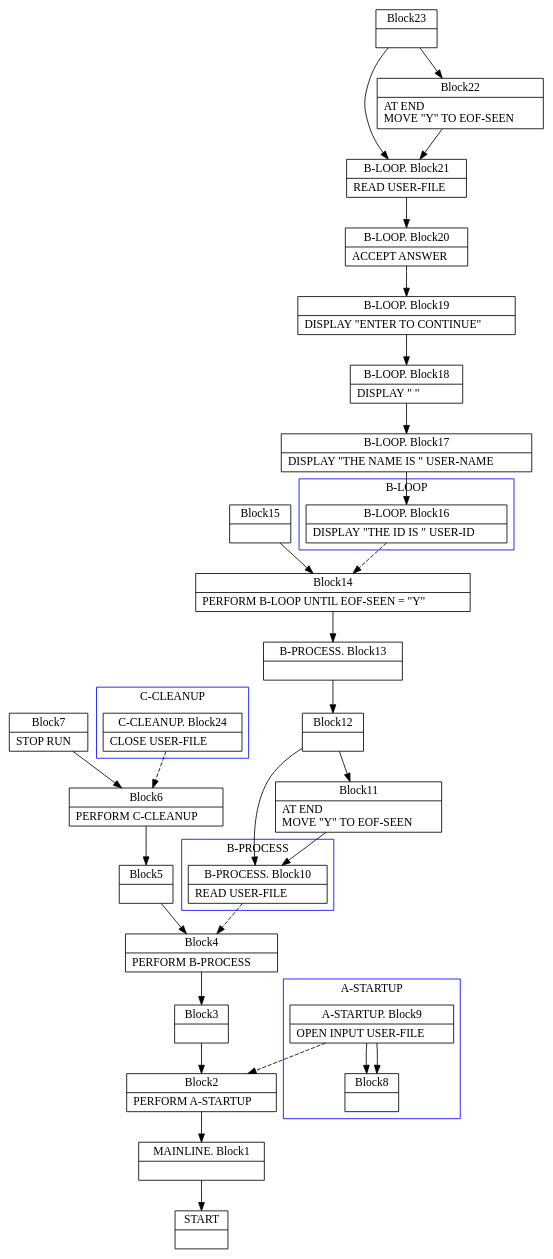
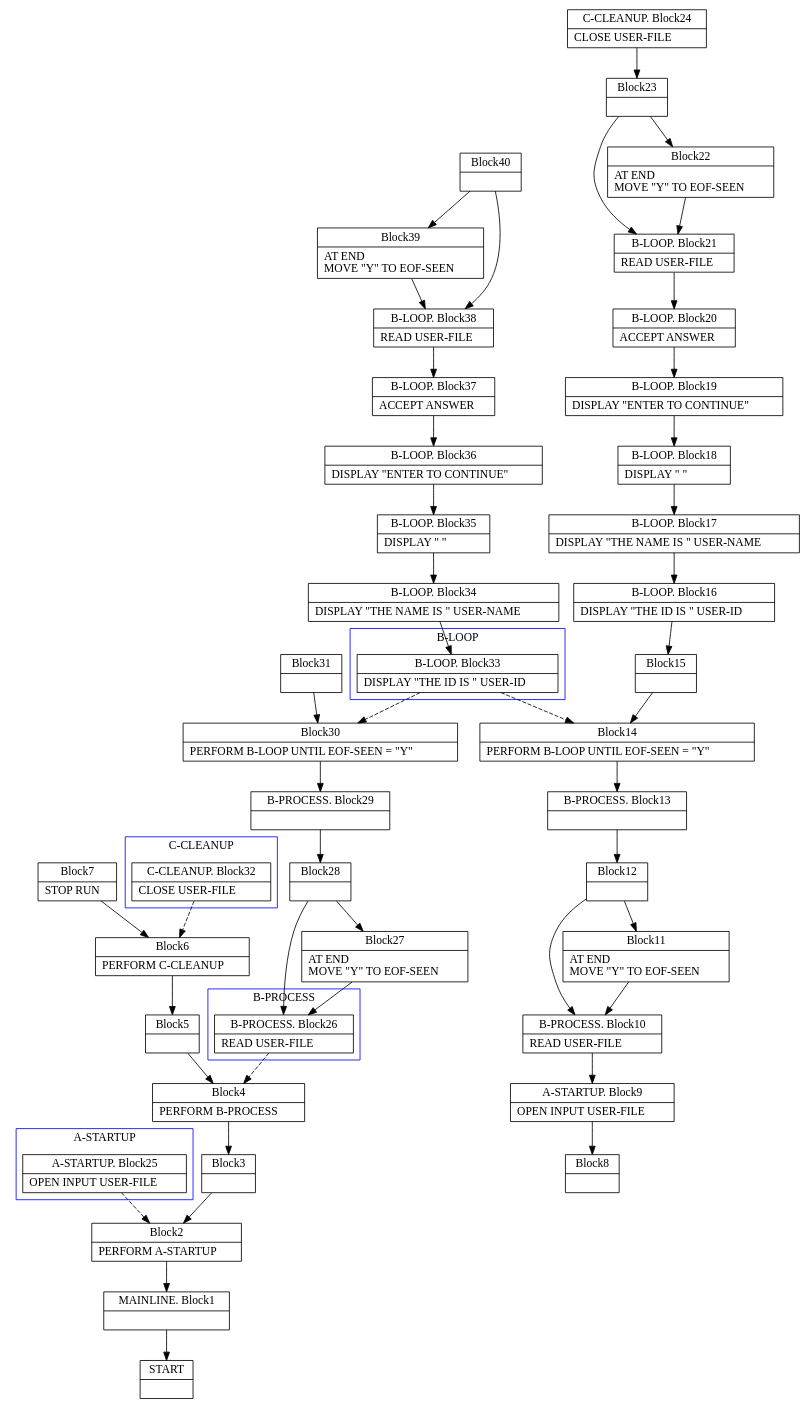
Before and after one commit to TypeCobolTeam/TypeCobol: the diagram in TypeCobol.Analysis.Test/DotOutput/InverseCfg/PerformProcedureInverse0.dot, drawn with Graphviz. The commit also changed 3 other files, not shown here.

```diff
--- a/TypeCobol.Analysis.Test/DotOutput/InverseCfg/PerformProcedureInverse0.dot
+++ b/TypeCobol.Analysis.Test/DotOutput/InverseCfg/PerformProcedureInverse0.dot
@@ -16,12 +16,12 @@
 subgraph cluster_3{
 color = blue;
 label = "C-CLEANUP";
-Block24 [
-label = "{C-CLEANUP. Block24|    CLOSE USER-FILE\l}"
+Block32 [
+label = "{C-CLEANUP. Block32|    CLOSE USER-FILE\l}"
 ]
 
 }
-Block24 -> Block6 [style=dashed]
+Block32 -> Block6 [style=dashed]
 
 Block5 [
 label = "{Block5|}"
@@ -32,12 +32,12 @@
 subgraph cluster_2{
 color = blue;
 label = "B-PROCESS";
-Block10 [
-label = "{B-PROCESS. Block10|    READ USER-FILE\l}"
+Block26 [
+label = "{B-PROCESS. Block26|    READ USER-FILE\l}"
 ]
 
 }
-Block10 -> Block4 [style=dashed]
+Block26 -> Block4 [style=dashed]
 
 Block3 [
 label = "{Block3|}"
@@ -48,16 +48,12 @@
 subgraph cluster_1{
 color = blue;
 label = "A-STARTUP";
-Block9 [
-label = "{A-STARTUP. Block9|    OPEN INPUT USER-FILE\l}"
+Block25 [
+label = "{A-STARTUP. Block25|    OPEN INPUT USER-FILE\l}"
 ]
-Block8 [
-label = "{Block8|}"
-]
-Block9 -> Block8
 
 }
-Block9 -> Block2 [style=dashed]
+Block25 -> Block2 [style=dashed]
 
 Block1 [
 label = "{MAINLINE. Block1|}"
@@ -65,39 +61,8 @@
 Block0 [
 label = "{START|}"
 ]
-Block9 [
-label = "{A-STARTUP. Block9|    OPEN INPUT USER-FILE\l}"
-]
-Block8 [
-label = "{Block8|}"
-]
-Block15 [
-label = "{Block15|}"
-]
-Block14 [
-label = "{Block14|    PERFORM B-LOOP          UNTIL EOF-SEEN = \"Y\"\l}"
-]
-subgraph cluster_4{
-color = blue;
-label = "B-LOOP";
-Block16 [
-label = "{B-LOOP. Block16|    DISPLAY \"THE ID IS \" USER-ID\l}"
-]
-
-}
-Block16 -> Block14 [style=dashed]
-
-Block13 [
-label = "{B-PROCESS. Block13|}"
-]
-Block12 [
-label = "{Block12|}"
-]
-Block10 [
-label = "{B-PROCESS. Block10|    READ USER-FILE\l}"
-]
-Block11 [
-label = "{Block11|        AT END\l           MOVE \"Y\" TO EOF-SEEN\l}"
+Block24 [
+label = "{C-CLEANUP. Block24|    CLOSE USER-FILE\l}"
 ]
 Block23 [
 label = "{Block23|}"
@@ -120,11 +85,92 @@
 Block16 [
 label = "{B-LOOP. Block16|    DISPLAY \"THE ID IS \" USER-ID\l}"
 ]
+Block15 [
+label = "{Block15|}"
+]
+Block14 [
+label = "{Block14|    PERFORM B-LOOP          UNTIL EOF-SEEN = \"Y\"\l}"
+]
+subgraph cluster_4{
+color = blue;
+label = "B-LOOP";
+Block33 [
+label = "{B-LOOP. Block33|    DISPLAY \"THE ID IS \" USER-ID\l}"
+]
+
+}
+Block33 -> Block14 [style=dashed]
+
+Block13 [
+label = "{B-PROCESS. Block13|}"
+]
+Block12 [
+label = "{Block12|}"
+]
+Block10 [
+label = "{B-PROCESS. Block10|    READ USER-FILE\l}"
+]
+Block9 [
+label = "{A-STARTUP. Block9|    OPEN INPUT USER-FILE\l}"
+]
+Block8 [
+label = "{Block8|}"
+]
+Block11 [
+label = "{Block11|        AT END\l           MOVE \"Y\" TO EOF-SEEN\l}"
+]
 Block22 [
 label = "{Block22|        AT END\l           MOVE \"Y\" TO EOF-SEEN\l}"
 ]
-Block24 [
-label = "{C-CLEANUP. Block24|    CLOSE USER-FILE\l}"
+Block25 [
+label = "{A-STARTUP. Block25|    OPEN INPUT USER-FILE\l}"
+]
+Block31 [
+label = "{Block31|}"
+]
+Block30 [
+label = "{Block30|    PERFORM B-LOOP          UNTIL EOF-SEEN = \"Y\"\l}"
+]
+Block33 -> Block30 [style=dashed]
+
+Block29 [
+label = "{B-PROCESS. Block29|}"
+]
+Block28 [
+label = "{Block28|}"
+]
+Block26 [
+label = "{B-PROCESS. Block26|    READ USER-FILE\l}"
+]
+Block27 [
+label = "{Block27|        AT END\l           MOVE \"Y\" TO EOF-SEEN\l}"
+]
+Block32 [
+label = "{C-CLEANUP. Block32|    CLOSE USER-FILE\l}"
+]
+Block40 [
+label = "{Block40|}"
+]
+Block38 [
+label = "{B-LOOP. Block38|    READ USER-FILE\l}"
+]
+Block37 [
+label = "{B-LOOP. Block37|    ACCEPT ANSWER\l}"
+]
+Block36 [
+label = "{B-LOOP. Block36|    DISPLAY \"ENTER TO CONTINUE\"\l}"
+]
+Block35 [
+label = "{B-LOOP. Block35|    DISPLAY \" \"\l}"
+]
+Block34 [
+label = "{B-LOOP. Block34|    DISPLAY \"THE NAME IS \" USER-NAME\l}"
+]
+Block33 [
+label = "{B-LOOP. Block33|    DISPLAY \"THE ID IS \" USER-ID\l}"
+]
+Block39 [
+label = "{Block39|        AT END\l           MOVE \"Y\" TO EOF-SEEN\l}"
 ]
 Block7 -> Block6
 Block6 -> Block5
@@ -133,13 +179,7 @@
 Block3 -> Block2
 Block2 -> Block1
 Block1 -> Block0
-Block9 -> Block8
-Block15 -> Block14
-Block14 -> Block13
-Block13 -> Block12
-Block12 -> Block10
-Block12 -> Block11
-Block11 -> Block10
+Block24 -> Block23
 Block23 -> Block21
 Block23 -> Block22
 Block21 -> Block20
@@ -147,6 +187,29 @@
 Block19 -> Block18
 Block18 -> Block17
 Block17 -> Block16
+Block16 -> Block15
+Block15 -> Block14
+Block14 -> Block13
+Block13 -> Block12
+Block12 -> Block10
+Block12 -> Block11
+Block10 -> Block9
+Block9 -> Block8
+Block11 -> Block10
 Block22 -> Block21
+Block31 -> Block30
+Block30 -> Block29
+Block29 -> Block28
+Block28 -> Block26
+Block28 -> Block27
+Block27 -> Block26
+Block40 -> Block38
+Block40 -> Block39
+Block38 -> Block37
+Block37 -> Block36
+Block36 -> Block35
+Block35 -> Block34
+Block34 -> Block33
+Block39 -> Block38
 
 }
```
